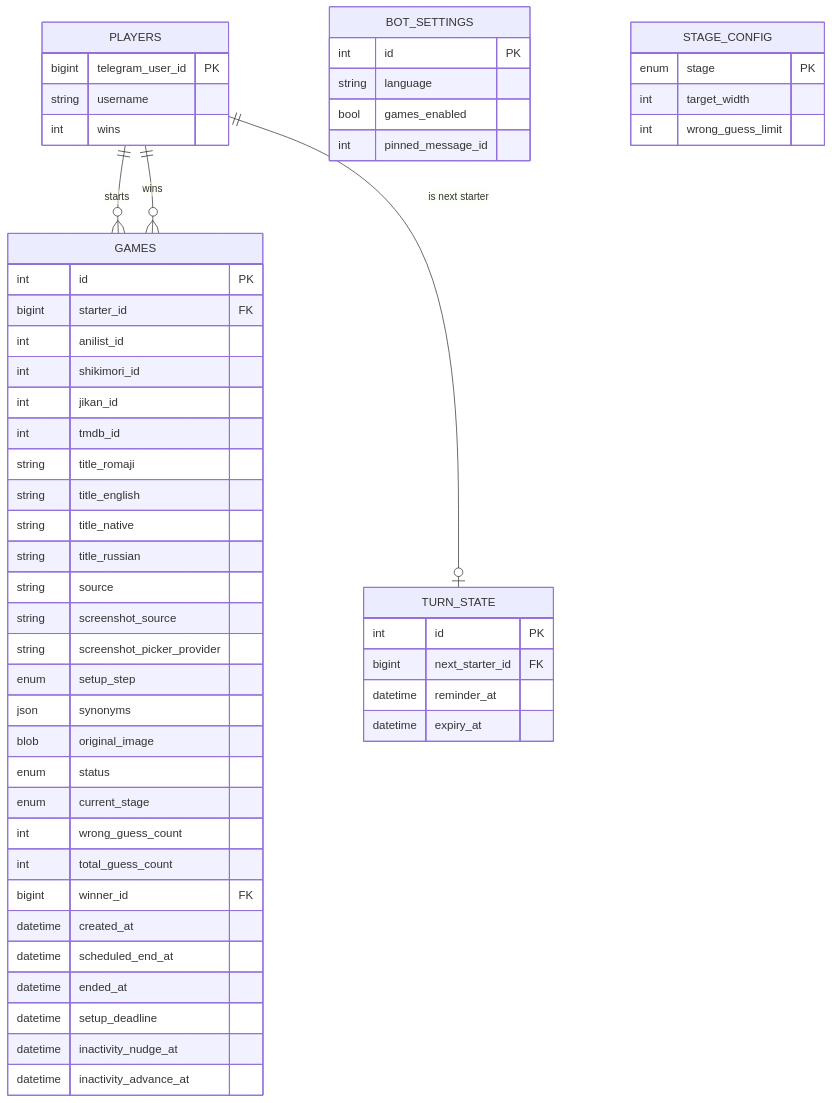
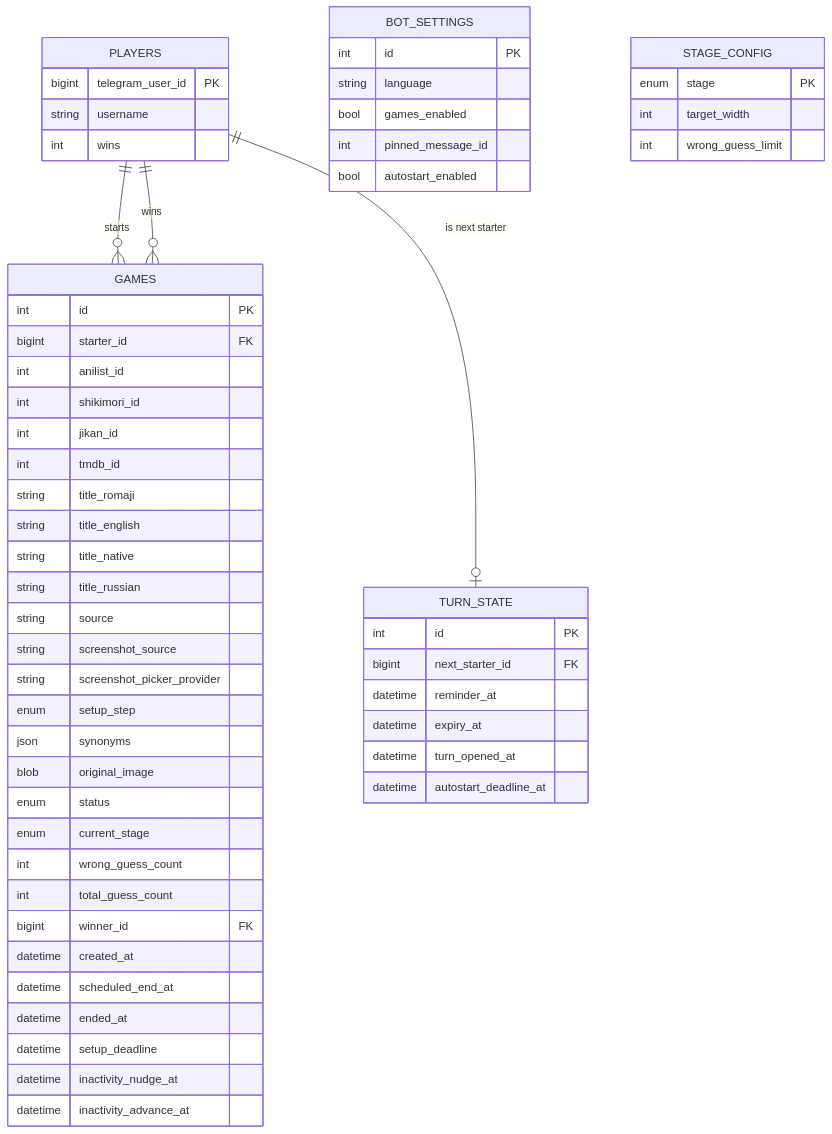
One commit to sm-steel/nani-pix-bot changed the second of 2 diagrams in ARCHITECTURE.md. Above: the diagram before and after it, drawn with Mermaid. The commit also changed other lines of this file and 1 other file, not shown here.

````diff
--- a/ARCHITECTURE.md
+++ b/ARCHITECTURE.md
@@ -385,58 +417,61 @@
 ```mermaid
 erDiagram
     PLAYERS ||--o{ GAMES : starts
     PLAYERS ||--o{ GAMES : wins
     PLAYERS ||--o| TURN_STATE : "is next starter"
 
     PLAYERS {
         bigint telegram_user_id PK
         string username
         int wins
     }
     GAMES {
         int id PK
         bigint starter_id FK
         int anilist_id
         int shikimori_id
         int jikan_id
         int tmdb_id
         string title_romaji
         string title_english
         string title_native
         string title_russian
         string source
         string screenshot_source
         string screenshot_picker_provider
         enum setup_step
         json synonyms
         blob original_image
         enum status
         enum current_stage
         int wrong_guess_count
         int total_guess_count
         bigint winner_id FK
         datetime created_at
         datetime scheduled_end_at
         datetime ended_at
         datetime setup_deadline
         datetime inactivity_nudge_at
         datetime inactivity_advance_at
     }
     TURN_STATE {
         int id PK
         bigint next_starter_id FK
         datetime reminder_at
         datetime expiry_at
+        datetime turn_opened_at
+        datetime autostart_deadline_at
     }
     BOT_SETTINGS {
         int id PK
         string language
         bool games_enabled
         int pinned_message_id
+        bool autostart_enabled
     }
     STAGE_CONFIG {
         enum stage PK
         int target_width
         int wrong_guess_limit
     }
 ```
````
